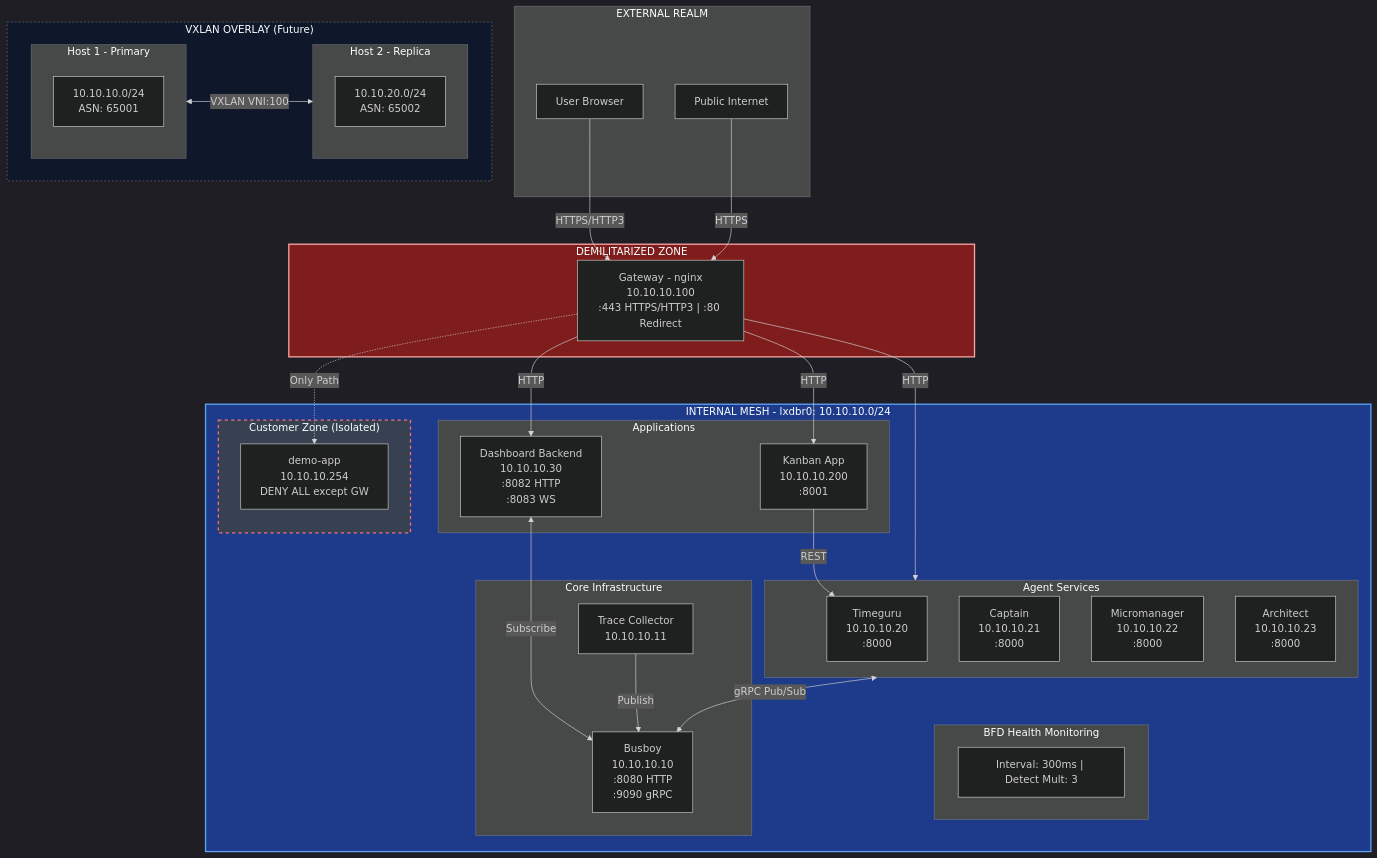
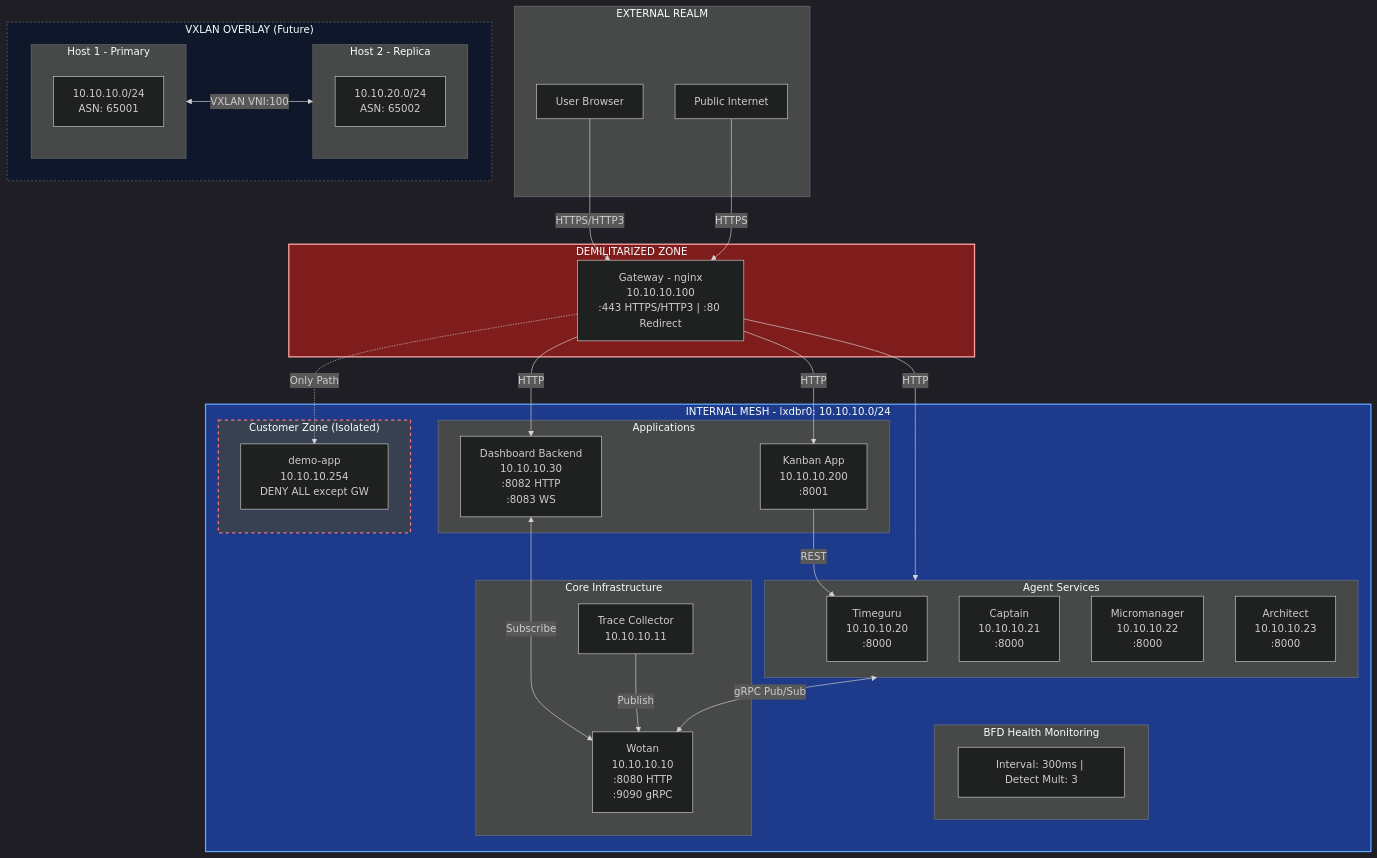
The fourth of 6 diagrams in docs/KINGDOM_ARCHITECTURE.md (unheaded/unheaded), drawn with Mermaid before and after one commit. The commit also changed other lines of this file and 208 other files, not shown here.

First line of the commit message:
refactor: busboy → wotan content replacement across all existing files

````diff
--- a/docs/KINGDOM_ARCHITECTURE.md
+++ b/docs/KINGDOM_ARCHITECTURE.md
@@ -782,67 +782,67 @@
 ```mermaid
 %%{init: {'theme': 'dark'}}%%
 flowchart TB
     subgraph EXTERNAL["EXTERNAL REALM"]
         BROWSER["User Browser"]
         INTERNET["Public Internet"]
     end
 
     subgraph DMZ["DEMILITARIZED ZONE"]
         GW["Gateway - nginx<br/>10.10.10.100<br/>:443 HTTPS/HTTP3 | :80 Redirect"]
     end
 
     subgraph MESH["INTERNAL MESH - lxdbr0: 10.10.10.0/24"]
         subgraph BFD["BFD Health Monitoring"]
             BFD_DESC["Interval: 300ms | Detect Mult: 3"]
         end
 
         subgraph CORE["Core Infrastructure"]
-            BUSBOY["Busboy<br/>10.10.10.10<br/>:8080 HTTP<br/>:9090 gRPC"]
+            WOTAN["Wotan<br/>10.10.10.10<br/>:8080 HTTP<br/>:9090 gRPC"]
             TRACE["Trace Collector<br/>10.10.10.11"]
         end
 
         subgraph AGENTS["Agent Services"]
             TIME["Timeguru<br/>10.10.10.20<br/>:8000"]
             CAP["Captain<br/>10.10.10.21<br/>:8000"]
             MICRO["Micromanager<br/>10.10.10.22<br/>:8000"]
             ARCH["Architect<br/>10.10.10.23<br/>:8000"]
         end
 
         subgraph APPS["Applications"]
             DASH["Dashboard Backend<br/>10.10.10.30<br/>:8082 HTTP<br/>:8083 WS"]
             KANBAN["Kanban App<br/>10.10.10.200<br/>:8001"]
         end
 
         subgraph ISOLATED["Customer Zone (Isolated)"]
             DEMO["demo-app<br/>10.10.10.254<br/>DENY ALL except GW"]
         end
     end
 
     subgraph FUTURE["VXLAN OVERLAY (Future)"]
         subgraph H1["Host 1 - Primary"]
             H1_NET["10.10.10.0/24<br/>ASN: 65001"]
         end
         subgraph H2["Host 2 - Replica"]
             H2_NET["10.10.20.0/24<br/>ASN: 65002"]
         end
         H1 <-->|VXLAN VNI:100| H2
     end
 
     BROWSER -->|HTTPS/HTTP3| GW
     INTERNET -->|HTTPS| GW
 
     GW -->|HTTP| KANBAN
     GW -->|HTTP| DASH
     GW -->|HTTP| AGENTS
     GW -.->|Only Path| DEMO
 
-    AGENTS <-->|gRPC Pub/Sub| BUSBOY
-    DASH <-->|Subscribe| BUSBOY
-    TRACE -->|Publish| BUSBOY
+    AGENTS <-->|gRPC Pub/Sub| WOTAN
+    DASH <-->|Subscribe| WOTAN
+    TRACE -->|Publish| WOTAN
     KANBAN -->|REST| TIME
 
     style DMZ fill:#7f1d1d,stroke:#fca5a5,stroke-width:2px
     style MESH fill:#1e3a8a,stroke:#60a5fa,stroke-width:2px
     style ISOLATED fill:#374151,stroke:#f87171,stroke-width:2px,stroke-dasharray: 5 5
     style FUTURE fill:#0f172a,stroke:#6b7280,stroke-width:1px,stroke-dasharray: 3 3
 ```
````
